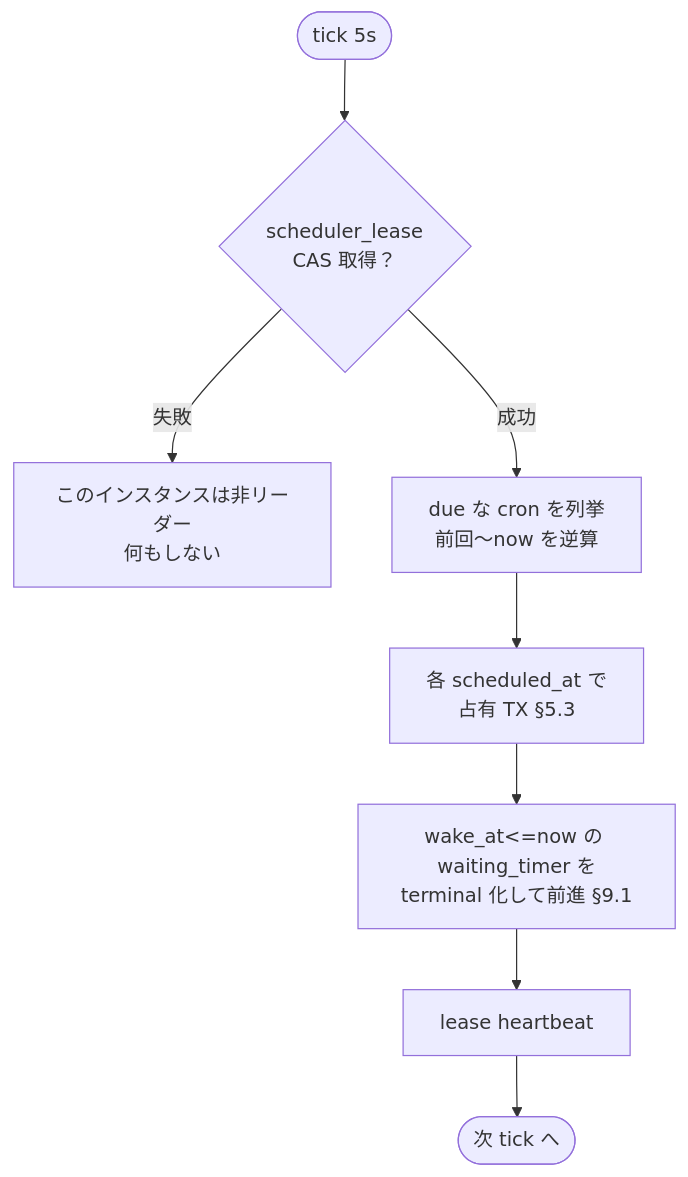
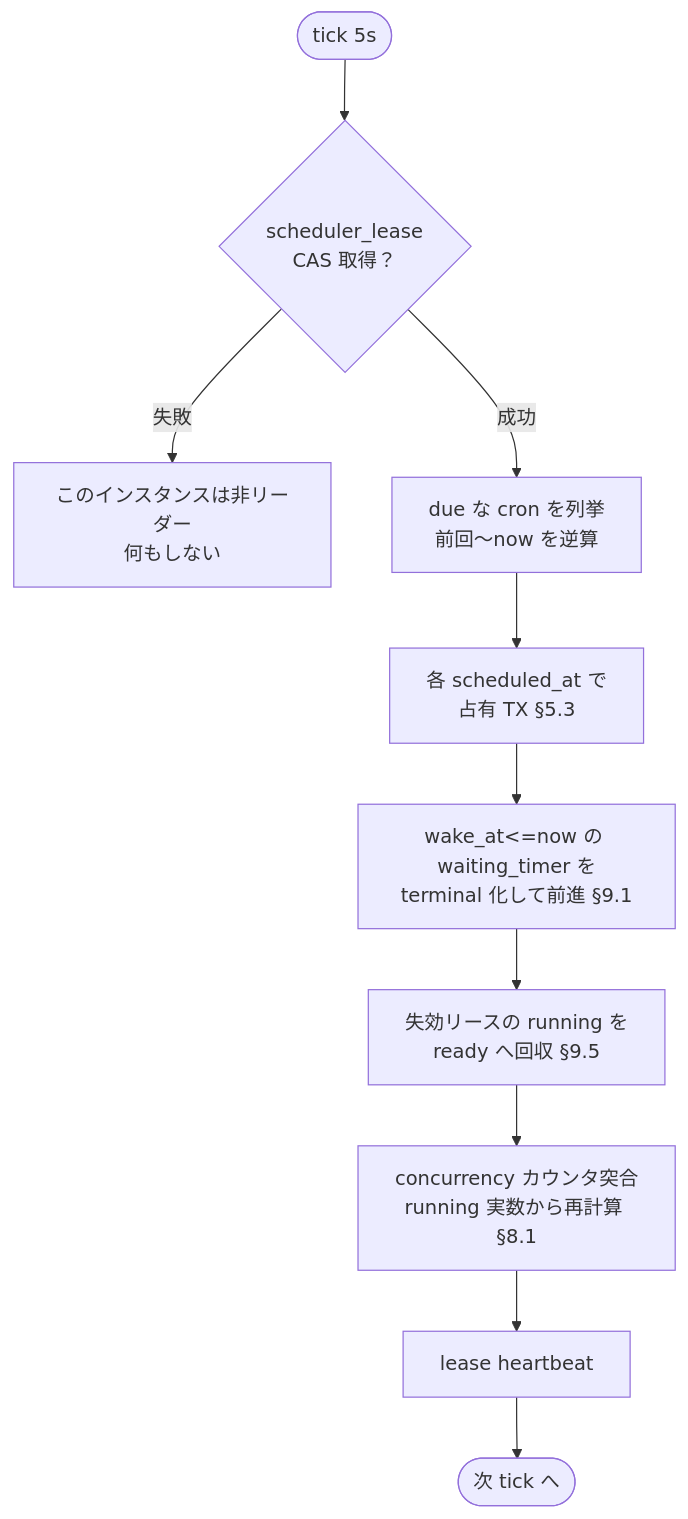
One commit to imanect-labs/shiki-platform changed the fourth of 4 diagrams in docs/workflow/engine.md. Above: the diagram before and after it, drawn with Mermaid. The commit also changed other lines of this file and 8 other files, not shown here.

````diff
--- a/docs/workflow/engine.md
+++ b/docs/workflow/engine.md
@@ -450,10 +458,12 @@
 ```mermaid
 flowchart TB
     START([tick 5s]) --> CAS{scheduler_lease<br/>CAS 取得？}
     CAS -- 失敗 --> IDLE[このインスタンスは非リーダー<br/>何もしない]
     CAS -- 成功 --> CRON[due な cron を列挙<br/>前回〜now を逆算]
     CRON --> OCC[各 scheduled_at で<br/>占有 TX §5.3]
     OCC --> TIMER[wake_at<=now の waiting_timer を<br/>terminal 化して前進 §9.1]
-    TIMER --> HB[lease heartbeat]
+    TIMER --> SWEEP[失効リースの running を<br/>ready へ回収 §9.5]
+    SWEEP --> RECON[concurrency カウンタ突合<br/>running 実数から再計算 §8.1]
+    RECON --> HB[lease heartbeat]
     HB --> END([次 tick へ])
 ```
````
